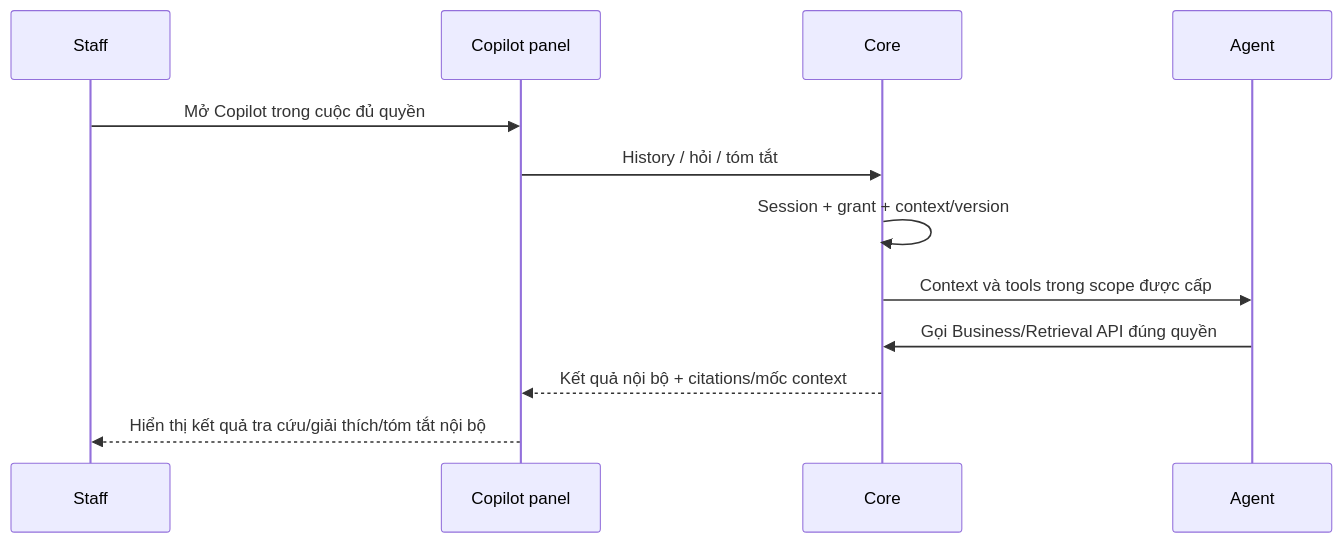
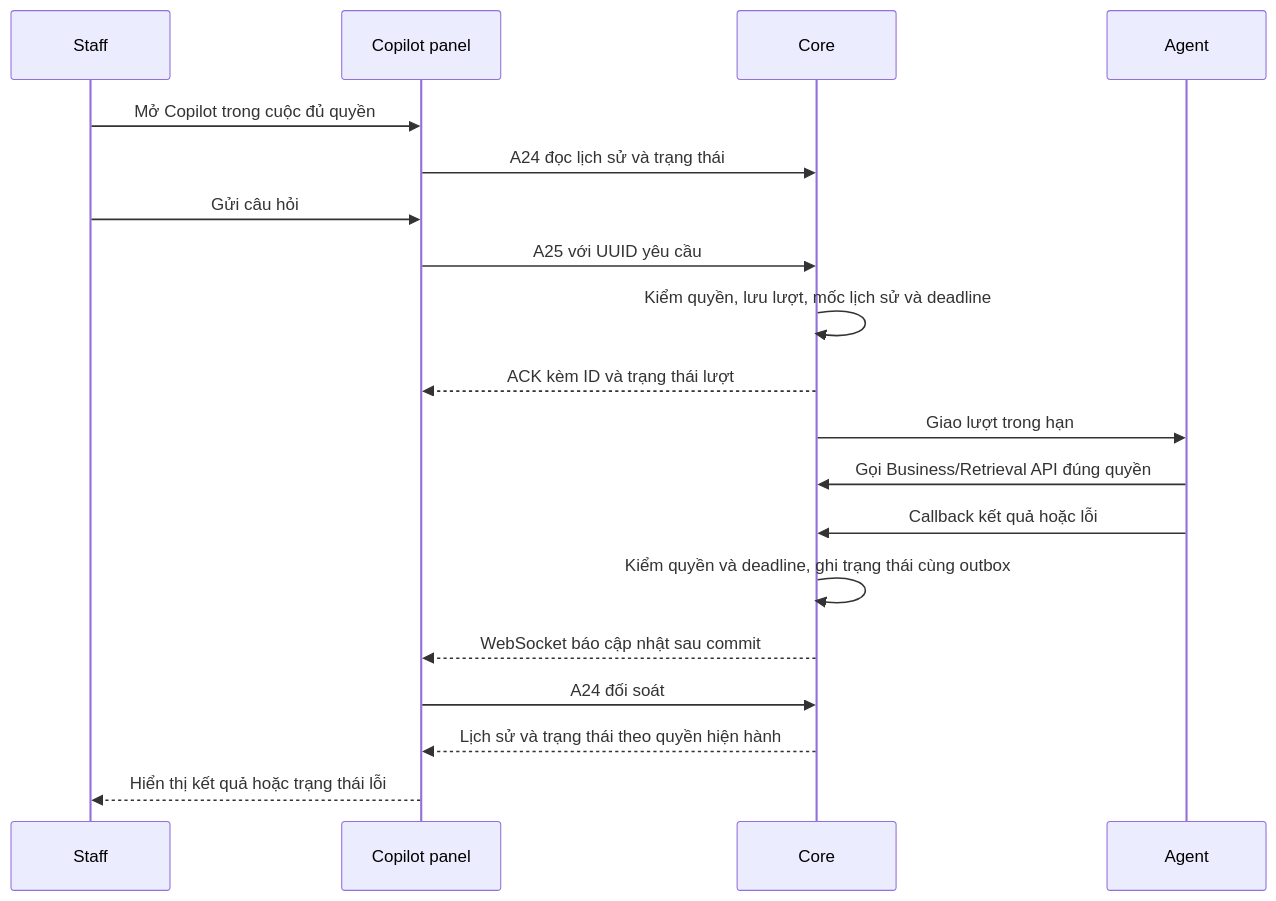
One commit to natuan05/LifeInsuranceAIAssistant changed the diagram in docs/ui/staff/plans/08-copilot-contract.md. Above: the diagram before and after it, drawn with Mermaid. The commit also changed other lines of this file and 13 other files, not shown here.

````diff
--- a/docs/ui/staff/plans/08-copilot-contract.md
+++ b/docs/ui/staff/plans/08-copilot-contract.md
@@ -60,14 +59,21 @@
 ```mermaid
 sequenceDiagram
   participant S as Staff
   participant W as Copilot panel
   participant C as Core
   participant A as Agent
   S->>W: Mở Copilot trong cuộc đủ quyền
-  W->>C: History / hỏi / tóm tắt
-  C->>C: Session + grant + context/version
-  C->>A: Context và tools trong scope được cấp
+  W->>C: A24 đọc lịch sử và trạng thái
+  S->>W: Gửi câu hỏi
+  W->>C: A25 với UUID yêu cầu
+  C->>C: Kiểm quyền, lưu lượt, mốc lịch sử và deadline
+  C-->>W: ACK kèm ID và trạng thái lượt
+  C->>A: Giao lượt trong hạn
   A->>C: Gọi Business/Retrieval API đúng quyền
-  C-->>W: Kết quả nội bộ + citations/mốc context
-  W-->>S: Hiển thị kết quả tra cứu/giải thích/tóm tắt nội bộ
+  A->>C: Callback kết quả hoặc lỗi
+  C->>C: Kiểm quyền và deadline, ghi trạng thái cùng outbox
+  C-->>W: WebSocket báo cập nhật sau commit
+  W->>C: A24 đối soát
+  C-->>W: Lịch sử và trạng thái theo quyền hiện hành
+  W-->>S: Hiển thị kết quả hoặc trạng thái lỗi
 ```
````
